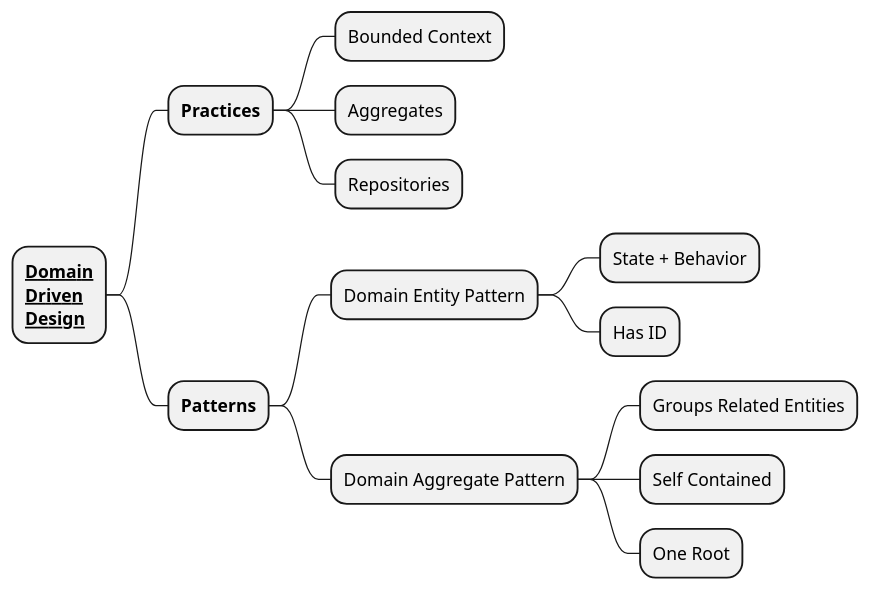
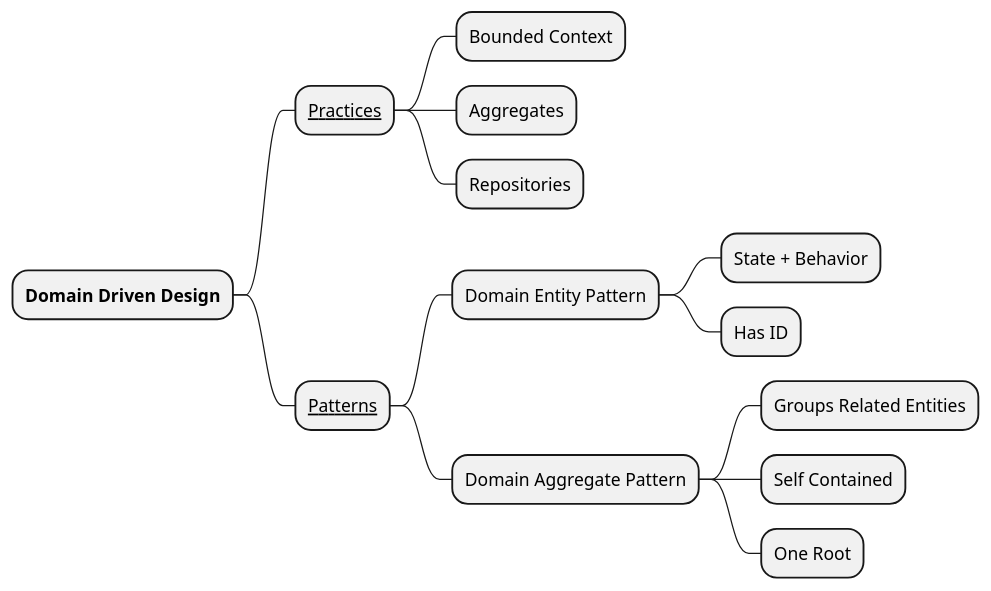
One commit to Piotr1215/microservices-architecture changed the diagram in resources/ddd-patterns.puml. Above: the diagram before and after it, drawn with PlantUML. The commit also changed 2 other files, not shown here.

```diff
--- a/resources/ddd-patterns.puml
+++ b/resources/ddd-patterns.puml
@@ -1,20 +1,18 @@
 @startmindmap DDD Patterns
-*:__**Domain**__
-__**Driven**__
-__**Design**__;
+* **Domain Driven Design**
 
-** **Practices**
+** __Practices__
 *** Bounded Context
 *** Aggregates
 *** Repositories
 
-** **Patterns**
+** __Patterns__
 *** Domain Entity Pattern
 **** State + Behavior
 **** Has ID
 
 *** Domain Aggregate Pattern
 **** Groups Related Entities
 **** Self Contained
 **** One Root
 @endmindmap
```
